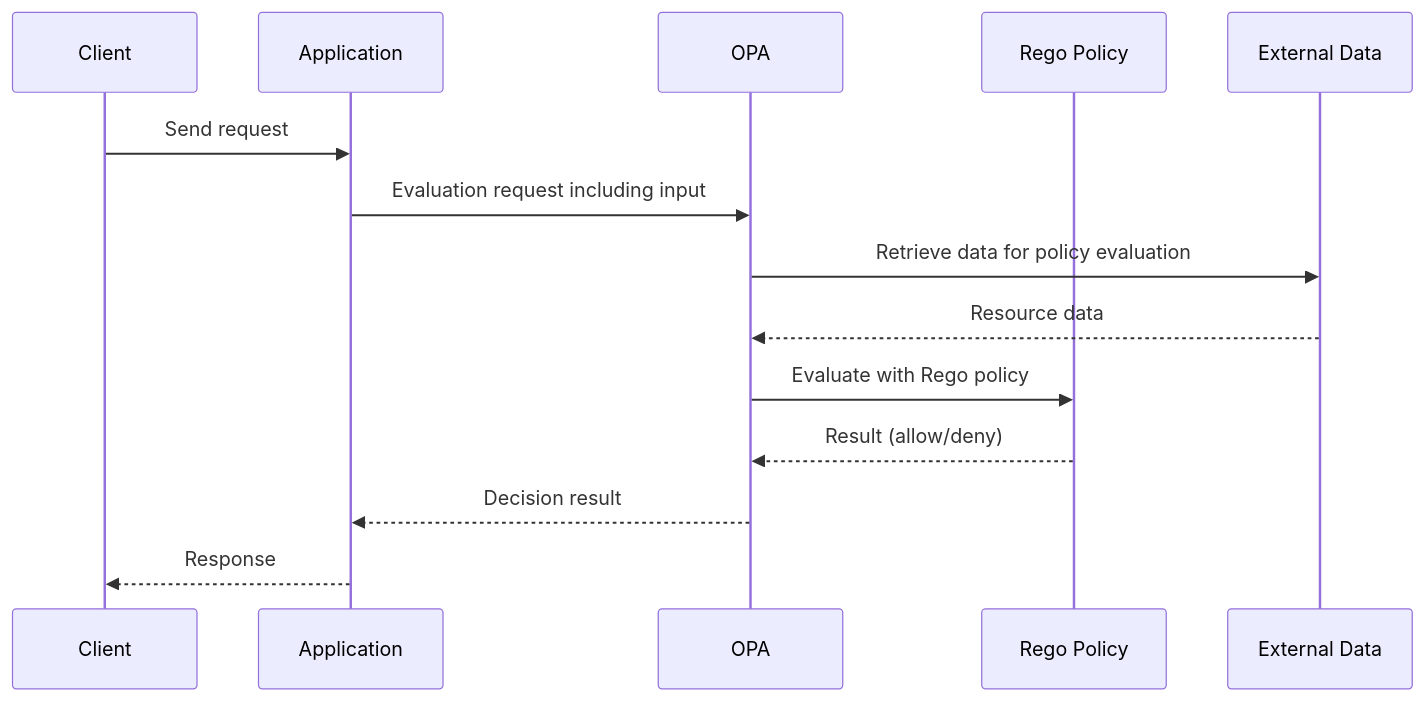
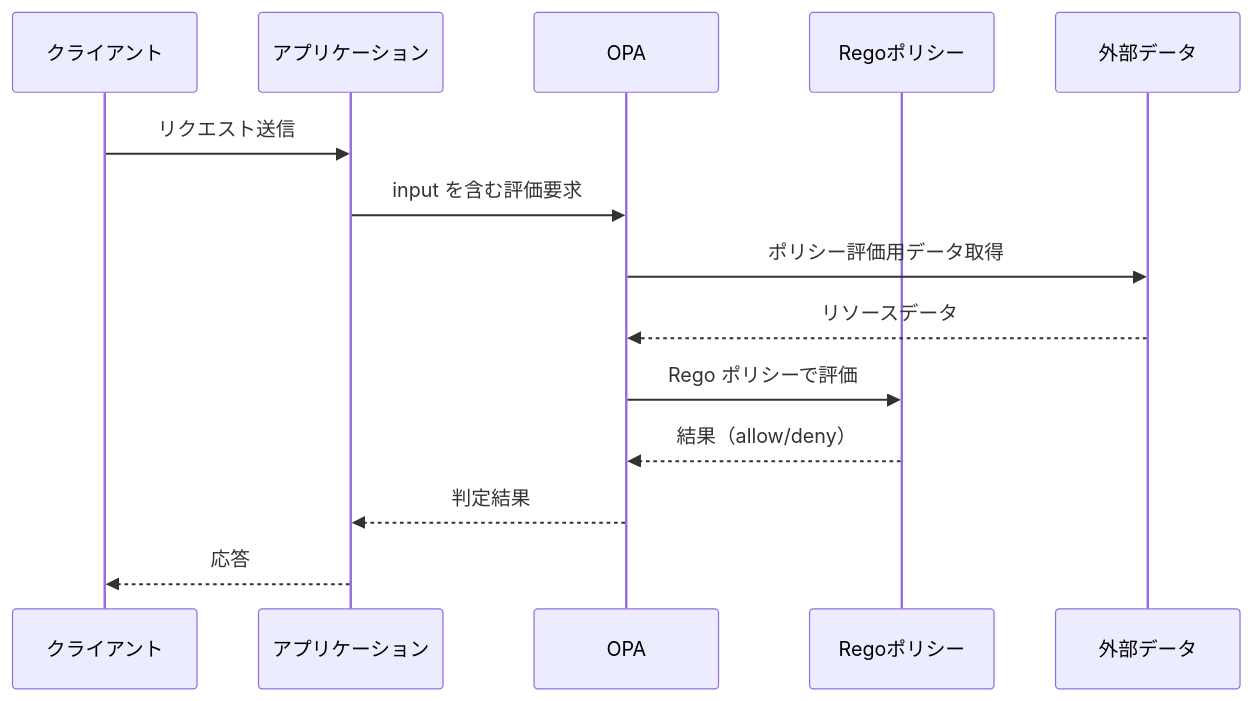
Before and after one commit to bmf-san/bmf-tech: the first of 4 diagrams in content/en/posts/pagination-impact-solutions-opa.md, drawn with Mermaid. The commit also changed other lines of this file and 425 other files, not shown here.

````diff
--- a/content/en/posts/pagination-impact-solutions-opa.md
+++ b/content/en/posts/pagination-impact-solutions-opa.md
@@ -24,17 +26,17 @@
 ```mermaid
 sequenceDiagram
-    participant Client as Client
-    participant API as Application
+    participant Client as クライアント
+    participant API as アプリケーション
     participant OPA as OPA
-    participant Policy as Rego Policy
-    participant Data as External Data
+    participant Policy as Regoポリシー
+    participant Data as 外部データ
 
-    Client->>API: Send request
-    API->>OPA: Evaluation request including input
-    OPA->>Data: Retrieve data for policy evaluation
-    Data-->>OPA: Resource data
-    OPA->>Policy: Evaluate with Rego policy
-    Policy-->>OPA: Result (allow/deny)
-    OPA-->>API: Decision result
-    API-->>Client: Response
+    Client->>API: リクエスト送信
+    API->>OPA: input を含む評価要求
+    OPA->>Data: ポリシー評価用データ取得
+    Data-->>OPA: リソースデータ
+    OPA->>Policy: Rego ポリシーで評価
+    Policy-->>OPA: 結果（allow/deny）
+    OPA-->>API: 判定結果
+    API-->>Client: 応答
 ```
````
